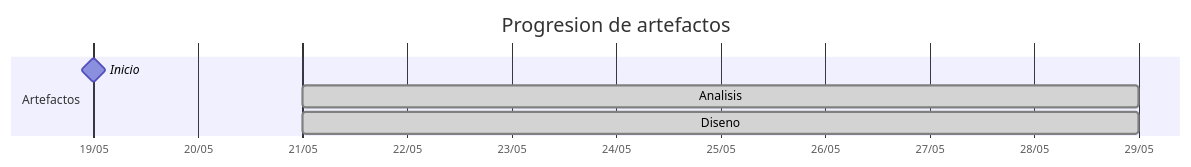
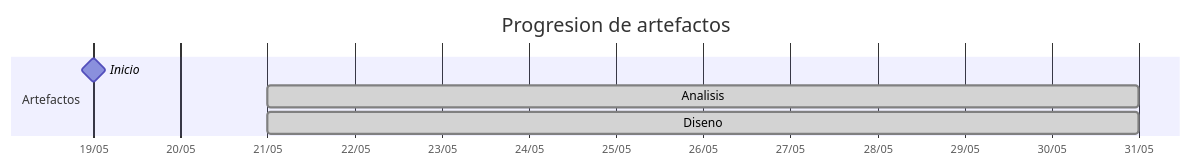
One commit to carlos-alvarado-25/25-26-idsw2-sdVC changed the diagram in TIMELINES/franvenero.md. Above: the diagram before and after it, drawn with Mermaid. The commit also changed other lines of this file and 10 other files, not shown here.

````diff
--- a/TIMELINES/franvenero.md
+++ b/TIMELINES/franvenero.md
@@ -22,10 +22,10 @@
 ```mermaid
 gantt
     title Progresion de artefactos
     dateFormat YYYY-MM-DD
     axisFormat %d/%m
     section Artefactos
         Inicio       :milestone, 2026-05-19, 0d
-        Analisis     :done, 2026-05-21, 2026-05-29
-        Diseno       :done, 2026-05-21, 2026-05-29
+        Analisis     :done, 2026-05-21, 2026-05-31
+        Diseno       :done, 2026-05-21, 2026-05-31
 ```
````
